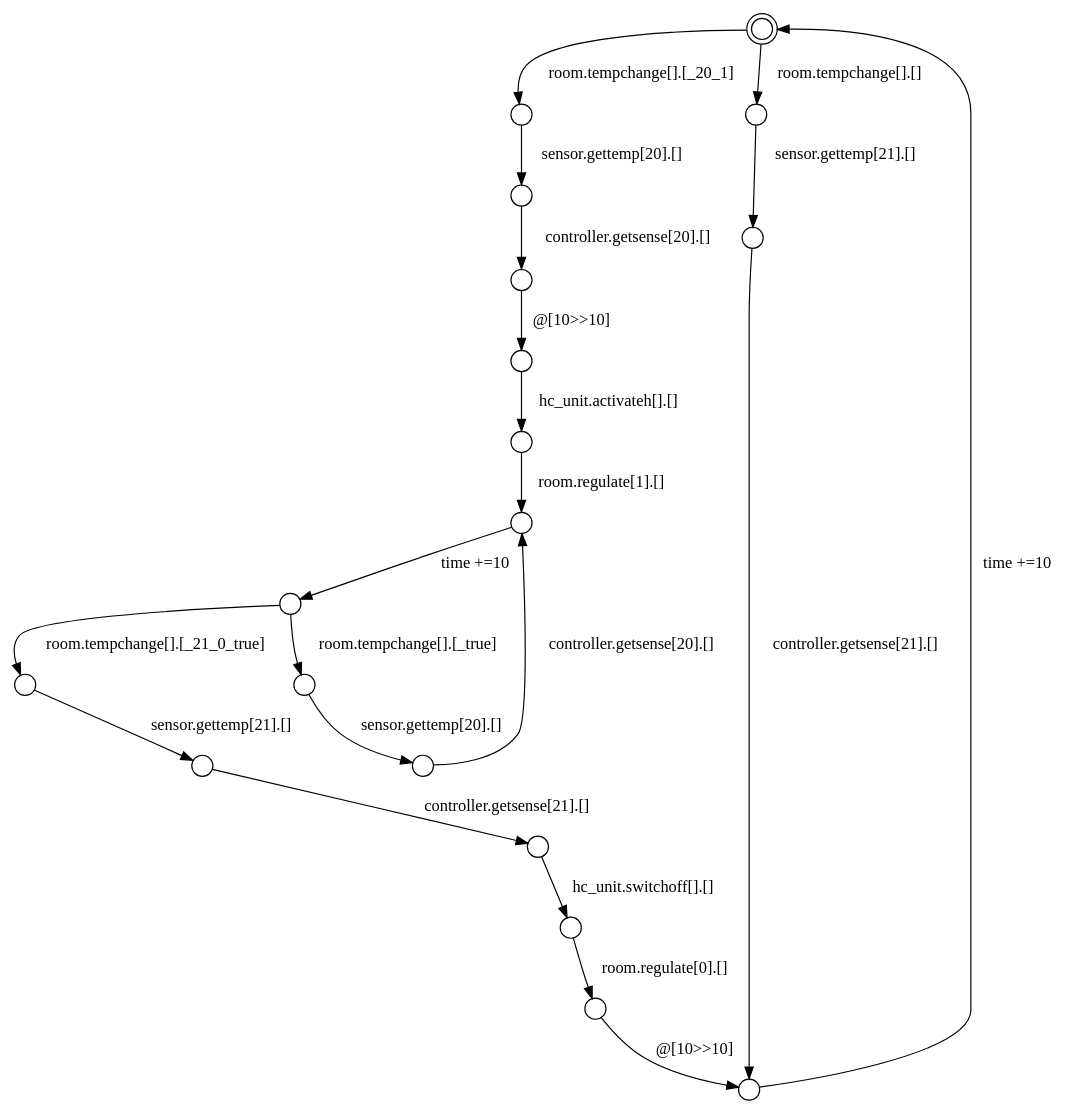
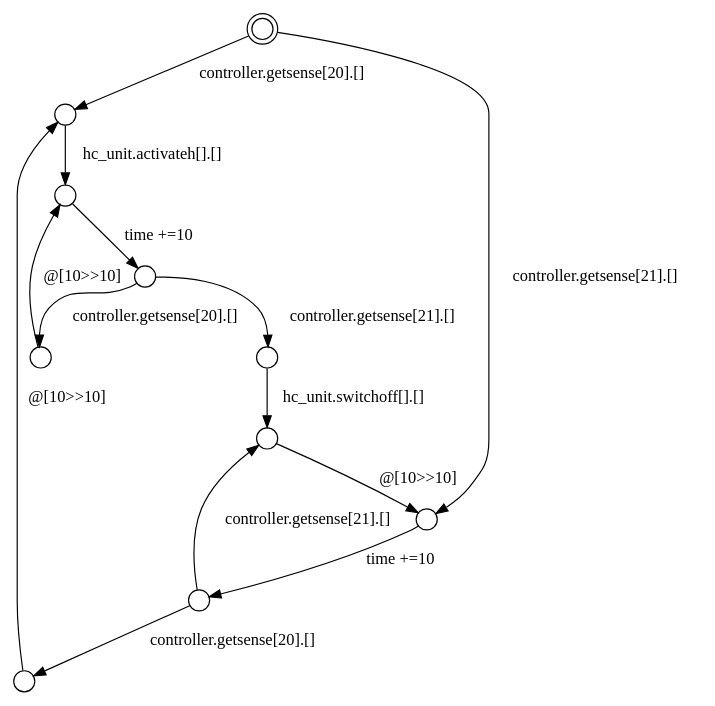
Before and after one commit to AliAtaollahi/Tinification: the diagram in Automate/new.dot, drawn with Graphviz. The commit also changed 141 other files, not shown here.

```diff
--- a/Automate/new.dot
+++ b/Automate/new.dot
@@ -1,45 +1,30 @@
 digraph G {
 center = TRUE;
 mclimit = 10.0;
 nodesep = 0.05;
 node [ width=0.25, height=0.25, label="" ];
-S1 [ peripheries=2 ];
+S6 [ peripheries=2 ];
 S0
 S1
 S2
 S3
 S4
 S5
 S6
 S7
 S8
 S9
-S10
-S11
-S12
-S13
-S14
-S15
-S16
-S17
-S17 -> S13[label="sensor.gettemp[20].[]"];
-S0 -> S14[label="sensor.gettemp[20].[]"];
-S16 -> S11[label="sensor.gettemp[21].[]"];
-S15 -> S12[label="sensor.gettemp[21].[]"];
-S14 -> S2[label="controller.getsense[20].[]"];
-S13 -> S7[label="controller.getsense[20].[]"];
-S12 -> S4[label="controller.getsense[21].[]"];
-S11 -> S8[label="controller.getsense[21].[]"];
-S10 -> S6[label="hc_unit.activateh[].[]"];
-S8 -> S1[label="time +=10"];
-S7 -> S5[label="time +=10"];
-S6 -> S7[label="room.regulate[1].[]"];
-S5 -> S15[label="room.tempchange[].[_21_0_true]"];
-S5 -> S17[label="room.tempchange[].[_true]"];
-S4 -> S3[label="hc_unit.switchoff[].[]"];
-S3 -> S9[label="room.regulate[0].[]"];
+S7 -> S9[label="controller.getsense[21].[]"];
+S7 -> S4[label="controller.getsense[20].[]"];
+S0 -> S2[label="controller.getsense[21].[]"];
+S0 -> S1[label="controller.getsense[20].[]"];
+S6 -> S8[label="controller.getsense[21].[]"];
+S6 -> S5[label="controller.getsense[20].[]"];
+S5 -> S3[label="hc_unit.activateh[].[]"];
+S8 -> S7[label="time +=10"];
+S3 -> S0[label="time +=10"];
+S2 -> S9[label="hc_unit.switchoff[].[]"];
 S9 -> S8[label="@[10>>10]"];
-S2 -> S10[label="@[10>>10]"];
-S1 -> S0[label="room.tempchange[].[_20_1]"];
-S1 -> S16[label="room.tempchange[].[]"];
+S1 -> S3[label="@[10>>10]"];
+S4 -> S5[label="@[10>>10]"];
 }
```
